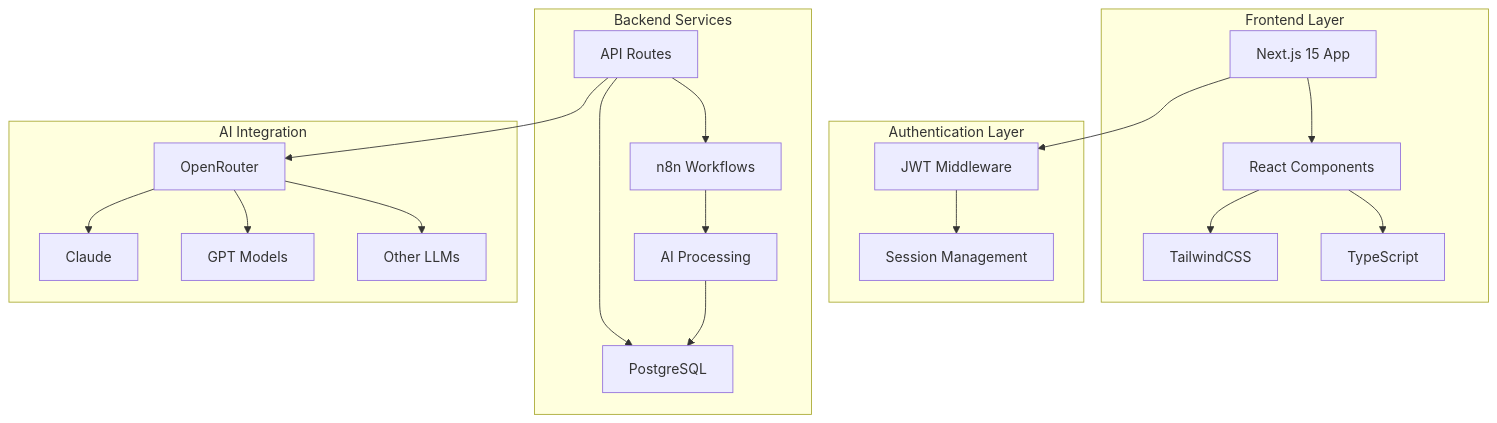
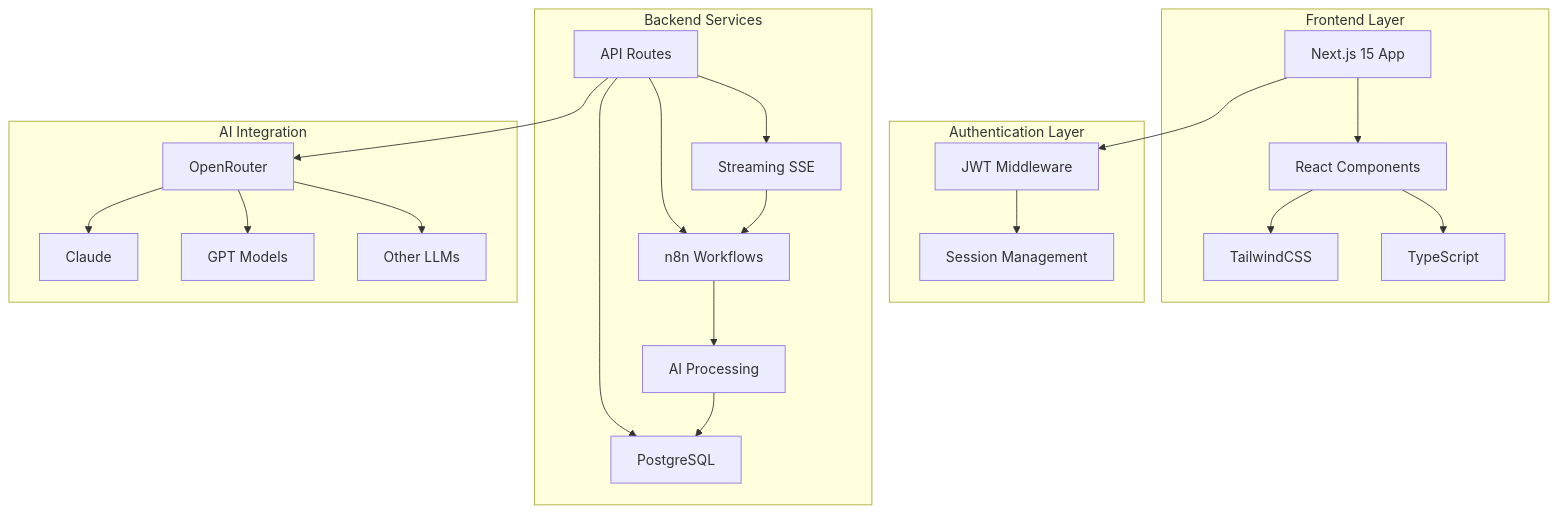
One commit to DanielMadsenDK/servicenow-helper changed the first of 2 diagrams in README.md. Above: the diagram before and after it, drawn with Mermaid. The commit also changed other lines of this file and 17 other files, not shown here.

````diff
--- a/README.md
+++ b/README.md
@@ -51,28 +51,30 @@
 ```mermaid
 graph TB
     subgraph "Frontend Layer"
         A[Next.js 15 App] --> B[React Components]
         B --> C[TailwindCSS]
         B --> D[TypeScript]
     end
     
     subgraph "Authentication Layer"
         E[JWT Middleware] --> F[Session Management]
     end
     
     subgraph "Backend Services"
         H[API Routes] --> I[n8n Workflows]
+        H --> G[Streaming SSE]
         I --> J[AI Processing]
+        G --> I
         H --> K[PostgreSQL]
     end
     
     subgraph "AI Integration"
         L[OpenRouter] --> M[Claude]
         L --> N[GPT Models]
         L --> O[Other LLMs]
     end
     
     A --> E
     H --> L
     J --> K
 ```
````
